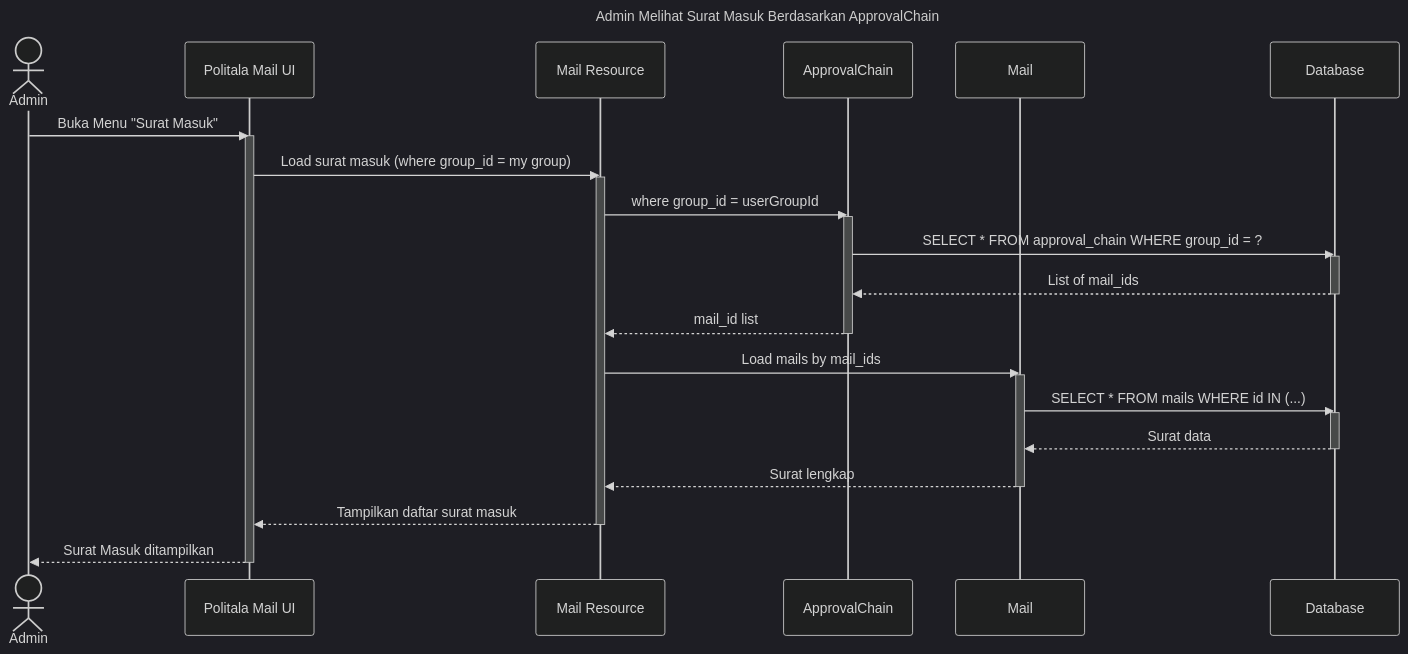
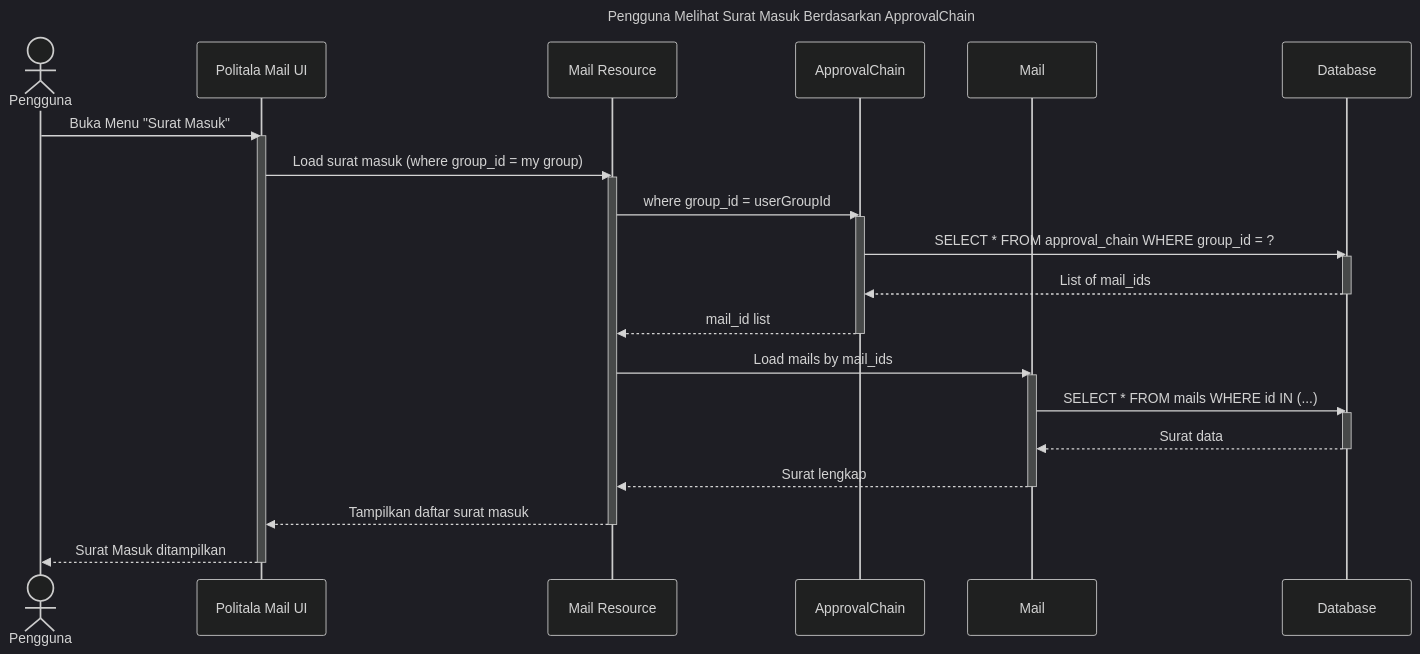
One commit to davidhadinugroho24601/UML-politala-mail changed the diagram in Manage Surat Masuk/read.md. Above: the diagram before and after it, drawn with Mermaid (dark theme). The commit also changed 8 other files, not shown here.

````diff
--- a/Manage Surat Masuk/read.md
+++ b/Manage Surat Masuk/read.md
@@ -1,42 +1,42 @@
 ```mermaid
 
 sequenceDiagram
-    title Admin Melihat Surat Masuk Berdasarkan ApprovalChain
+    title Pengguna Melihat Surat Masuk Berdasarkan ApprovalChain
 
-    actor Admin
+    actor Pengguna
     participant FilamentUI as Politala Mail UI
     participant MailController as Mail Resource
     participant ApprovalModel as ApprovalChain
     participant MailModel as Mail
     participant DB as Database
 
-    Admin ->> FilamentUI: Buka Menu "Surat Masuk"
+    Pengguna ->> FilamentUI: Buka Menu "Surat Masuk"
     activate FilamentUI
     FilamentUI ->> MailController: Load surat masuk (where group_id = my group)
     activate MailController
 
     MailController ->> ApprovalModel: where group_id = userGroupId
     activate ApprovalModel
     ApprovalModel ->> DB: SELECT * FROM approval_chain WHERE group_id = ?
     activate DB
     DB -->> ApprovalModel: List of mail_ids
     deactivate DB
     ApprovalModel -->> MailController: mail_id list
     deactivate ApprovalModel
 
     MailController ->> MailModel: Load mails by mail_ids
     activate MailModel
     MailModel ->> DB: SELECT * FROM mails WHERE id IN (...)
     activate DB
     DB -->> MailModel: Surat data
     deactivate DB
     MailModel -->> MailController: Surat lengkap
     deactivate MailModel
 
     MailController -->> FilamentUI: Tampilkan daftar surat masuk
     deactivate MailController
-    FilamentUI -->> Admin: Surat Masuk ditampilkan
+    FilamentUI -->> Pengguna: Surat Masuk ditampilkan
     deactivate FilamentUI
 
 
 ```
````
